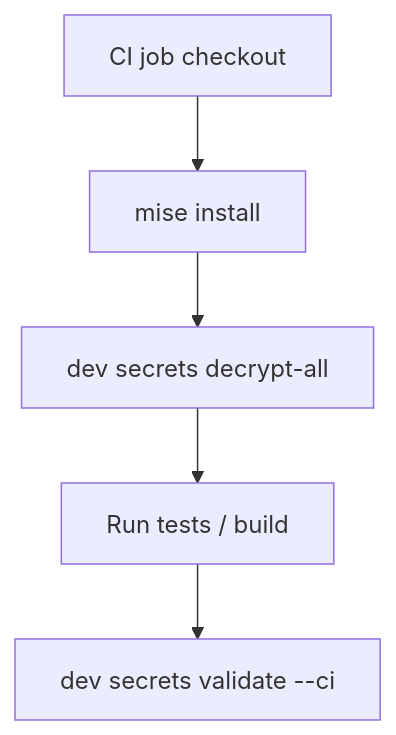
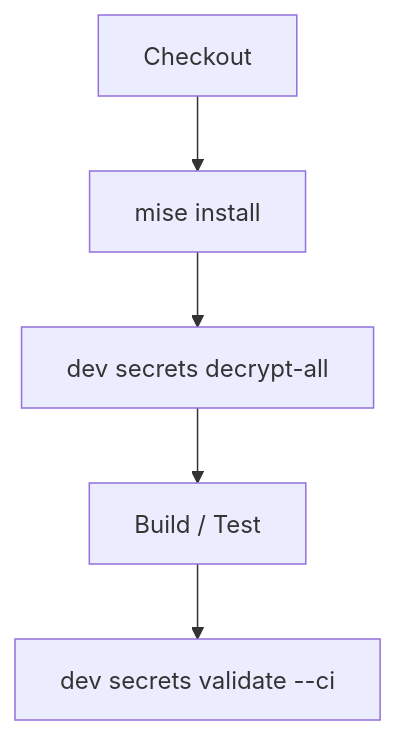
One commit to bai/dev changed the second of 2 diagrams in docs/secrets.md. Above: the diagram before and after it, drawn with Mermaid. The commit also changed other lines of this file, not shown here.

````diff
--- a/docs/secrets.md
+++ b/docs/secrets.md
@@ -131,7 +189,7 @@
 ```mermaid
 flowchart TD
-  A["CI job checkout"] --> B["mise install"]
+  A["Checkout"] --> B["mise install"]
   B --> C["dev secrets decrypt-all"]
-  C --> D["Run tests / build"]
+  C --> D["Build / Test"]
   D --> E["dev secrets validate --ci"]
 ```
````
